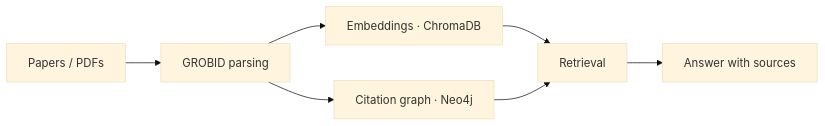
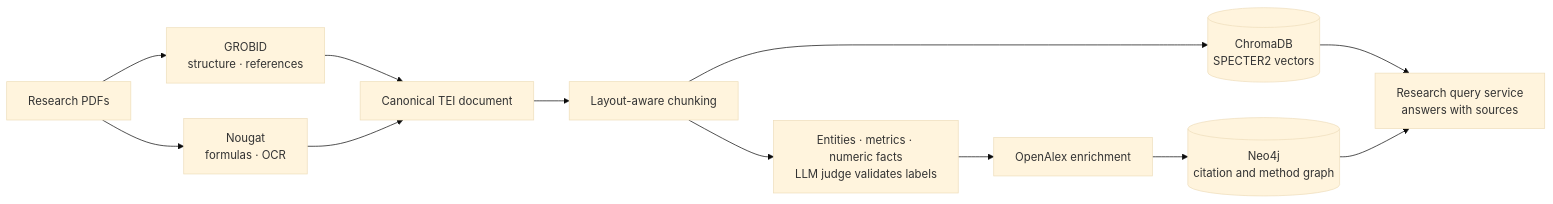
Before and after one commit to NikoriakViktor/NikoriakViktor: the third of 3 diagrams in pages/engineering.md, drawn with Mermaid (base theme). The commit also changed other lines of this file and 7 other files, not shown here.

````diff
--- a/pages/engineering.md
+++ b/pages/engineering.md
@@ -31,9 +124,14 @@
 ```mermaid
 flowchart LR
-  A[Papers / PDFs] --> B[GROBID parsing]
-  B --> C[Embeddings · ChromaDB]
-  B --> D[Citation graph · Neo4j]
-  C --> E[Retrieval]
-  D --> E
-  E --> F[Answer with sources]
+  P[Research PDFs] --> GR[GROBID<br/>structure · references]
+  P --> NG[Nougat<br/>formulas · OCR]
+  GR --> D[Canonical TEI document]
+  NG --> D
+  D --> CH[Layout-aware chunking]
+  CH --> E[Entities · metrics · numeric facts<br/>LLM judge validates labels]
+  E --> OA[OpenAlex enrichment]
+  CH --> VX[(ChromaDB<br/>SPECTER2 vectors)]
+  OA --> KG[(Neo4j<br/>citation and method graph)]
+  VX --> Q[Research query service<br/>answers with sources]
+  KG --> Q
 ```
````
